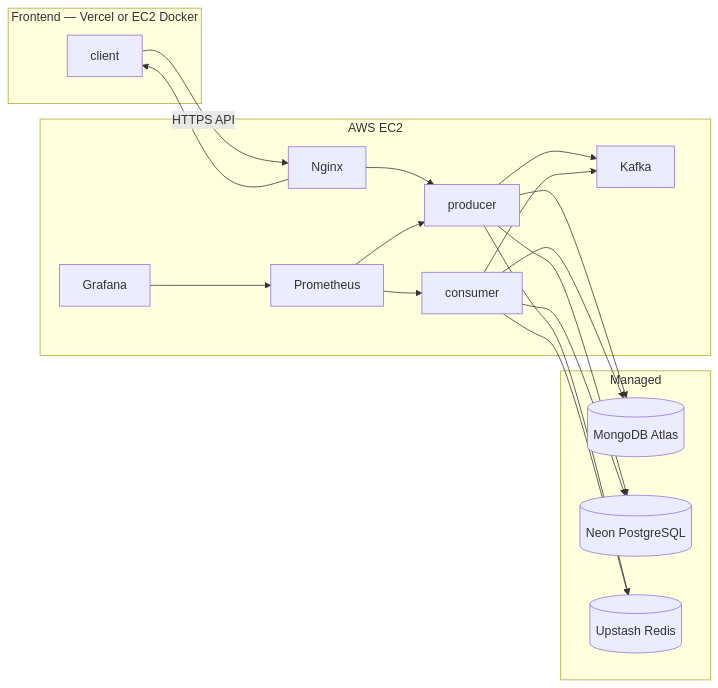
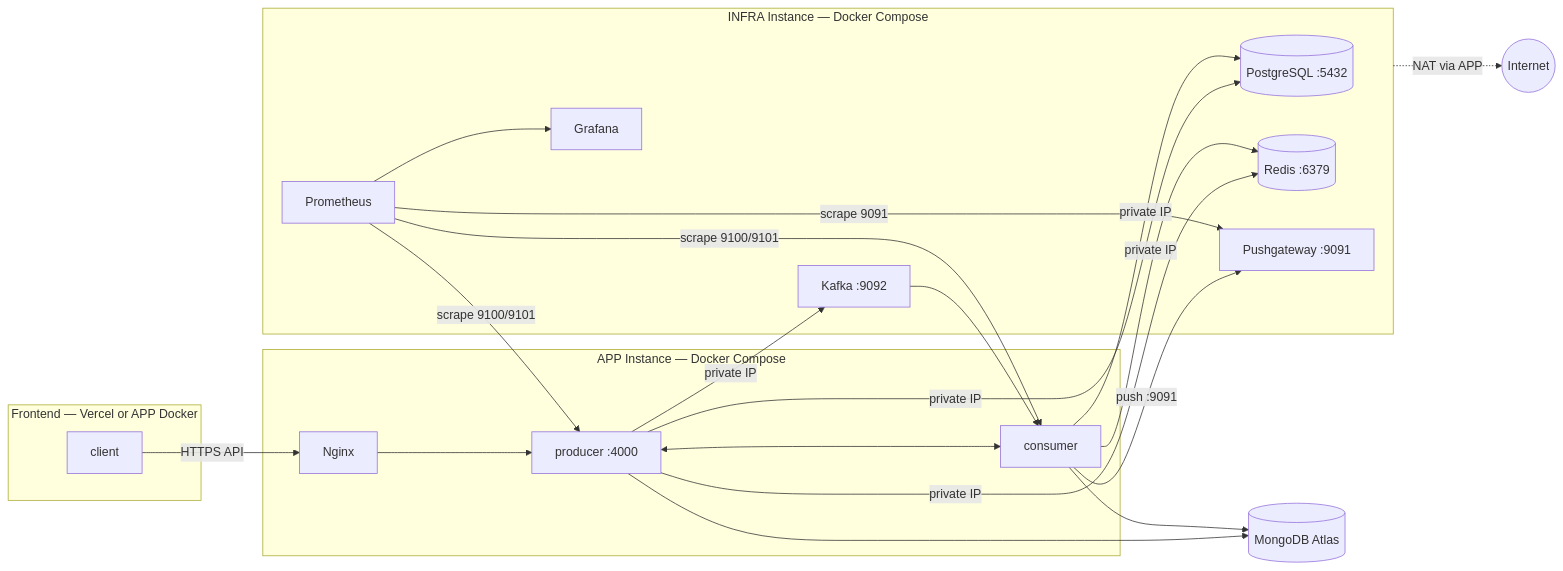
Before and after one commit to tkddnr1022/mealio: the diagram in agent/common/deployment_strategy.md, drawn with Mermaid. The commit also changed other lines of this file and 2 other files, not shown here.

First line of the commit message:
Refactor: update architecture and deployment strategy documentation

````diff
--- a/agent/common/deployment_strategy.md
+++ b/agent/common/deployment_strategy.md
@@ -36,33 +37,37 @@
 ```mermaid
 flowchart LR
-  subgraph frontend [Frontend — Vercel or EC2 Docker]
+  subgraph frontend [Frontend — Vercel or APP Docker]
     Client[client]
   end
-  subgraph ec2 [AWS EC2]
+  subgraph app [APP Instance — Docker Compose]
     Nginx[Nginx]
-    Producer[producer]
+    Producer[producer :4000]
     Consumer[consumer]
-    Kafka[Kafka]
+    Nginx --> Producer
+    Producer <--> Consumer
+  end
+  subgraph infra [INFRA Instance — Docker Compose]
+    PG[(PostgreSQL :5432)]
+    Redis[(Redis :6379)]
+    Kafka[Kafka :9092]
+    PGW[Pushgateway :9091]
     Prom[Prometheus]
     Graf[Grafana]
-    Nginx --> Producer
-    Nginx --> Client
-    Producer --> Kafka
-    Consumer --> Kafka
-    Prom --> Producer
-    Prom --> Consumer
-    Graf --> Prom
+    Prom --> Graf
   end
-  subgraph managed [Managed]
-    Atlas[(MongoDB Atlas)]
-    Neon[(Neon PostgreSQL)]
-    Upstash[(Upstash Redis)]
-  end
+  Atlas[(MongoDB Atlas)]
   Client -->|HTTPS API| Nginx
+  Producer -->|private IP| PG
+  Producer -->|private IP| Redis
+  Producer -->|private IP| Kafka
+  Consumer -->|private IP| PG
+  Consumer -->|private IP| Redis
+  Kafka --> Consumer
+  Consumer -->|push :9091| PGW
+  Prom -->|scrape 9100/9101| Producer
+  Prom -->|scrape 9100/9101| Consumer
+  Prom -->|scrape 9091| PGW
   Producer --> Atlas
-  Producer --> Neon
-  Producer --> Upstash
   Consumer --> Atlas
-  Consumer --> Neon
-  Consumer --> Upstash
+  infra -.->|NAT via APP| internet((Internet))
 ```
````
